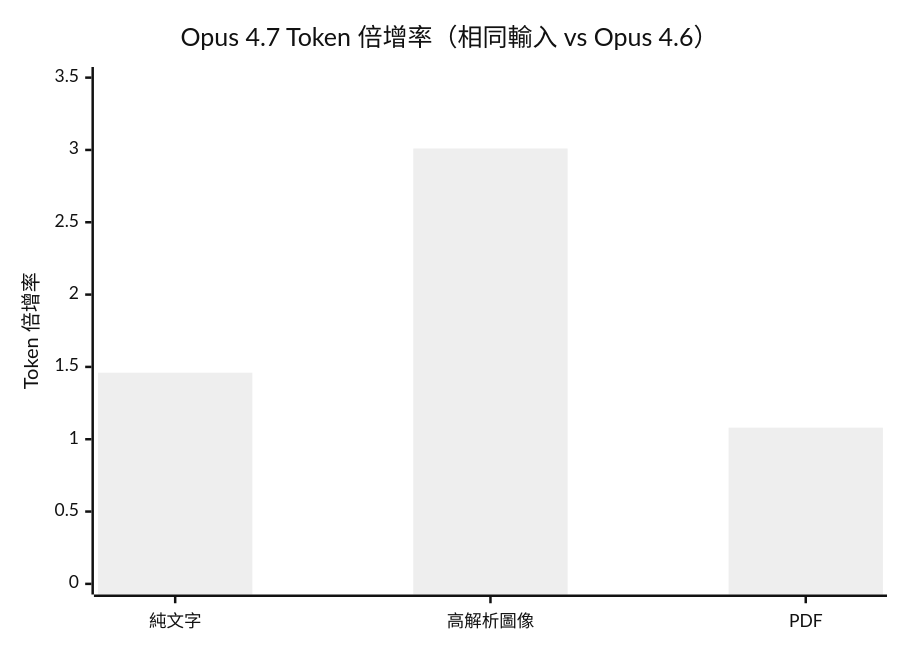
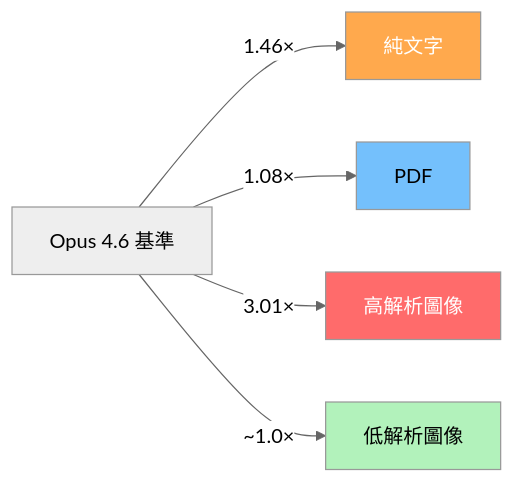
One commit to nick-xrex/ai-daily-content changed the first of 2 diagrams in 20-daily/2026-04-20.md. Above: the diagram before and after it, drawn with Mermaid (neutral theme). The commit also changed other lines of this file and 278 other files, not shown here.

````diff
--- a/20-daily/2026-04-20.md
+++ b/20-daily/2026-04-20.md
@@ -47,7 +47,11 @@
 ```mermaid
-xychart-beta
-    title "Opus 4.7 Token 倍增率（相同輸入 vs Opus 4.6）"
-    x-axis ["純文字", "高解析圖像", "PDF"]
-    y-axis "Token 倍增率" 0 --> 3.5
-    bar [1.46, 3.01, 1.08]
+graph LR
+    A[Opus 4.6 基準] -->|1.46×| B[純文字]
+    A -->|1.08×| C[PDF]
+    A -->|3.01×| D[高解析圖像]
+    A -->|~1.0×| E[低解析圖像]
+    style D fill:#ff6b6b,color:#fff
+    style B fill:#ffa94d,color:#fff
+    style C fill:#74c0fc,color:#000
+    style E fill:#b2f2bb,color:#000
 ```
````
